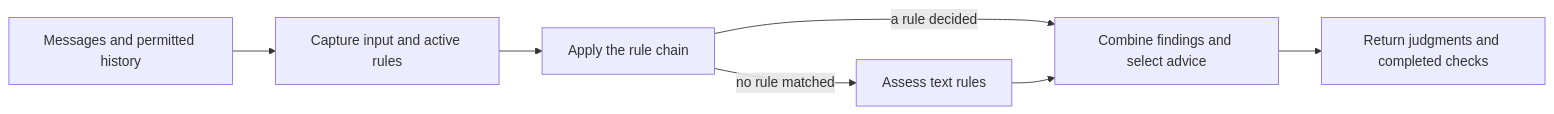
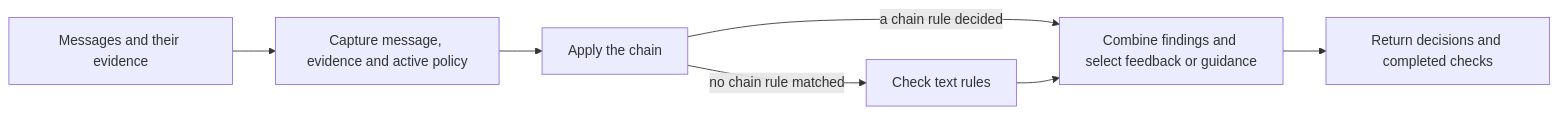
One commit to chughtapan/moltzap-staging changed the first of 2 diagrams in src/firewall/README.md. Above: the diagram before and after it, drawn with Mermaid. The commit also changed other lines of this file and 38 other files, not shown here.

````diff
--- a/src/firewall/README.md
+++ b/src/firewall/README.md
@@ -9,9 +9,9 @@
 ```mermaid
 flowchart LR
-  A[Messages and permitted history] --> B[Capture input and active rules]
-  B --> C[Apply the rule chain]
-  C -->|no rule matched| D[Assess text rules]
-  C -->|a rule decided| E
-  D --> E[Combine findings and select advice]
-  E --> F[Return judgments and completed checks]
+  A[Messages and their evidence] --> B[Capture message, evidence and active policy]
+  B --> C[Apply the chain]
+  C -->|no chain rule matched| D[Check text rules]
+  C -->|a chain rule decided| E
+  D --> E[Combine findings and select feedback or guidance]
+  E --> F[Return decisions and completed checks]
 ```
````
